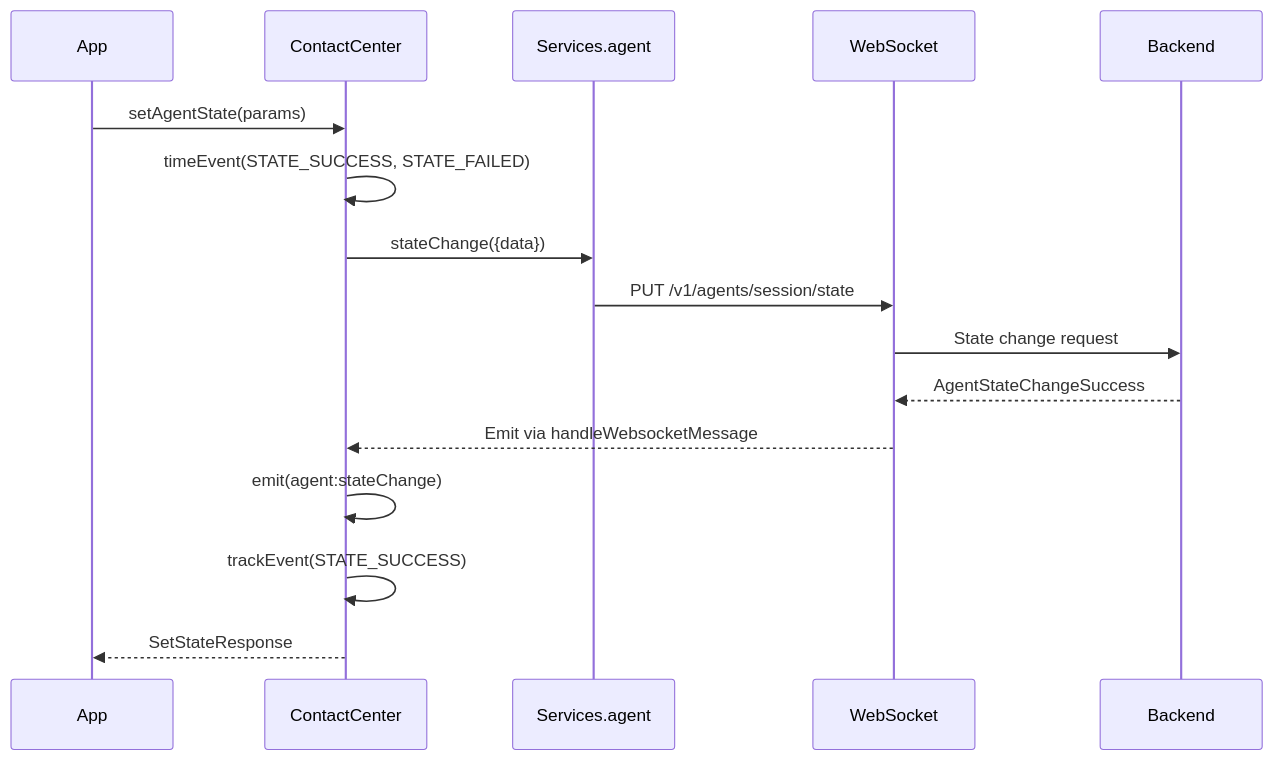
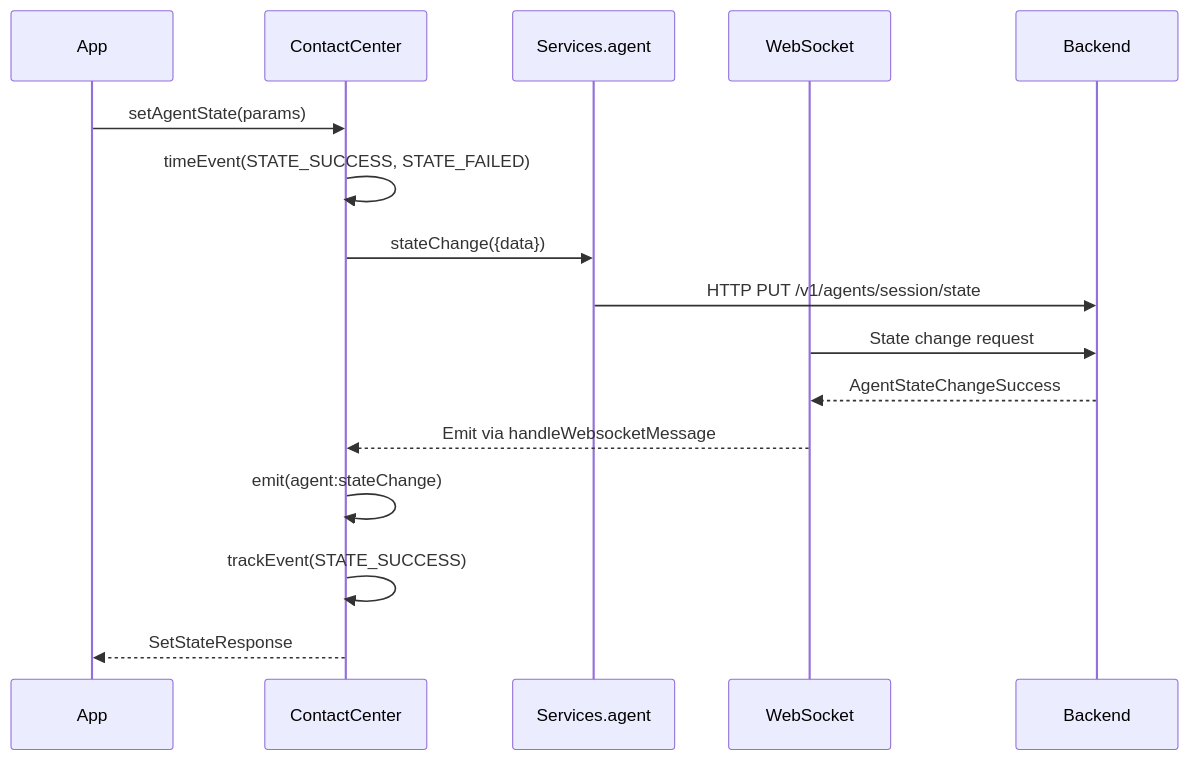
The third of 5 diagrams in packages/@webex/contact-center/src/services/agent/ai-docs/ARCHITECTURE.md (webex/webex-js-sdk), drawn with Mermaid before and after one commit. The commit also changed other lines of this file and 1 other file, not shown here.

Commit message:
docs(agents): review comments

````diff
--- a/packages/@webex/contact-center/src/services/agent/ai-docs/ARCHITECTURE.md
+++ b/packages/@webex/contact-center/src/services/agent/ai-docs/ARCHITECTURE.md
@@ -114,19 +114,19 @@
 ```mermaid
 sequenceDiagram
     participant App
     participant CC as ContactCenter
     participant Svc as Services.agent
     participant WS as WebSocket
     participant BE as Backend
     
     App->>CC: setAgentState(params)
     CC->>CC: timeEvent(STATE_SUCCESS, STATE_FAILED)
     CC->>Svc: stateChange({data})
-    Svc->>WS: PUT /v1/agents/session/state
+    Svc->>BE: HTTP PUT /v1/agents/session/state  
     WS->>BE: State change request
     BE-->>WS: AgentStateChangeSuccess
     WS-->>CC: Emit via handleWebsocketMessage
     CC->>CC: emit(agent:stateChange)
     CC->>CC: trackEvent(STATE_SUCCESS)
     CC-->>App: SetStateResponse
 ```
````
